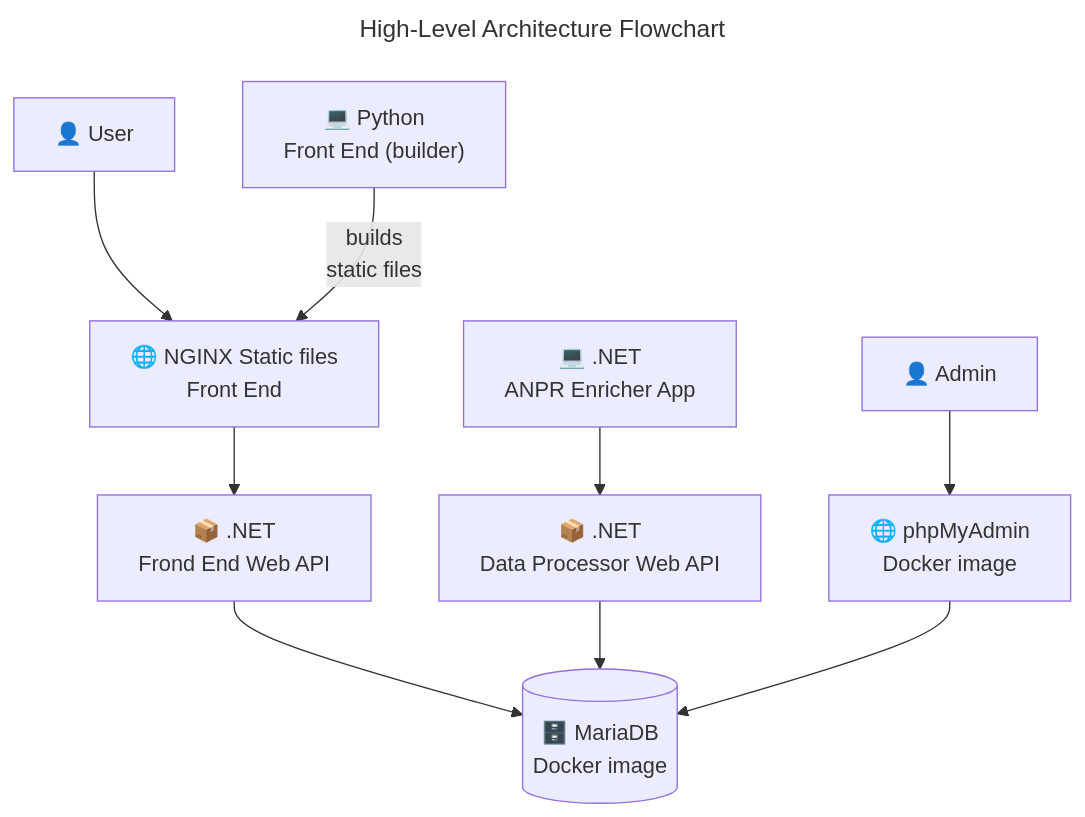
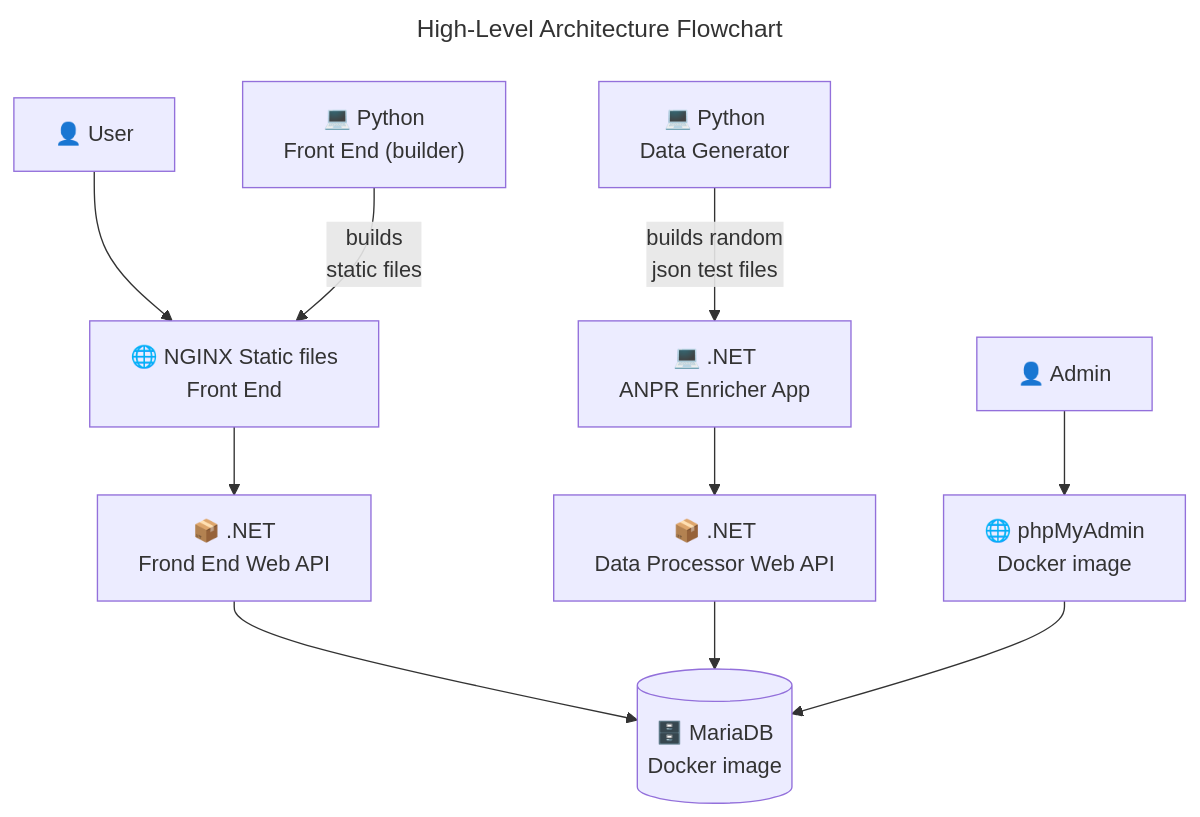
One commit to timvdven/PolAssessment changed the diagram in DOCS/ARCHITECTURE/README.md. Above: the diagram before and after it, drawn with Mermaid. The commit also changed other lines of this file and 13 other files, not shown here.

````diff
--- a/DOCS/ARCHITECTURE/README.md
+++ b/DOCS/ARCHITECTURE/README.md
@@ -9,28 +9,31 @@
 ```mermaid
 ---
 title: High-Level Architecture Flowchart
 ---
 flowchart TD;
     A["👤 User"];
     B["🌐 NGINX Static files<br>Front End"];
     C["📦 .NET<br>Frond End Web API"];
     D[("🗄️ MariaDB<br>Docker image")];
 
     A --> B;
     B --> C;
     C --> D;
 
     I["💻 Python<br>Front End (builder)"]
     I -->|builds<br>static files| B
 
     E["📦 .NET<br>Data Processor Web API"]
     F["💻 .NET<br>ANPR Enricher App"]
 
     F --> E
     E --> D
 
     G["🌐 phpMyAdmin<br>Docker image"];
     H["👤 Admin"]
     H --> G
     G --> D
+
+    J["💻  Python<br>Data Generator"]
+    J -->|builds random<br>json test files| F
 ```
````
